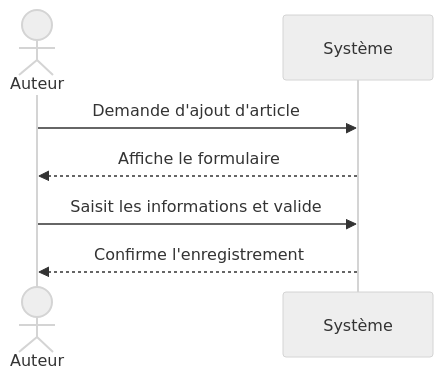
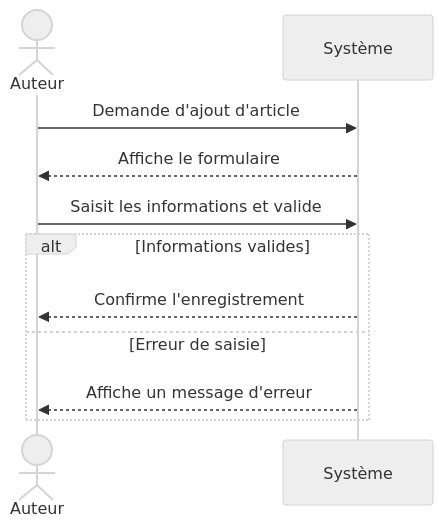
The third of 3 diagrams in .agent/skills/rédaction-tuto-fonctionnalite/SKILL.md (solicode-web-mobile/autoformations-structurer), drawn with Mermaid (neutral theme) before and after one commit. The commit also changed other lines of this file and 9 other files, not shown here.

````diff
--- a/.agent/skills/rédaction-tuto-fonctionnalite/SKILL.md
+++ b/.agent/skills/rédaction-tuto-fonctionnalite/SKILL.md
@@ -64,9 +64,13 @@
 ```mermaid
 sequenceDiagram
     actor Auteur
     participant Systeme as Système
     Auteur->>Systeme: Demande d'ajout d'article
     Systeme-->>Auteur: Affiche le formulaire
     Auteur->>Systeme: Saisit les informations et valide
-    Systeme-->>Auteur: Confirme l'enregistrement
+    alt Informations valides
+        Systeme-->>Auteur: Confirme l'enregistrement
+    else Erreur de saisie
+        Systeme-->>Auteur: Affiche un message d'erreur
+    end
 ```
````
